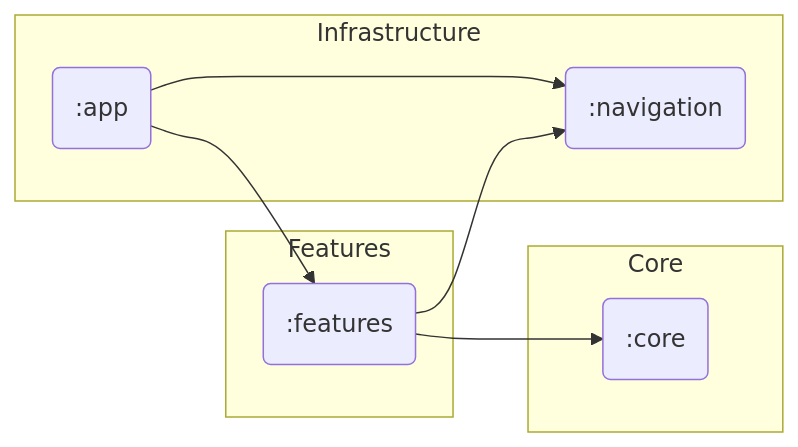
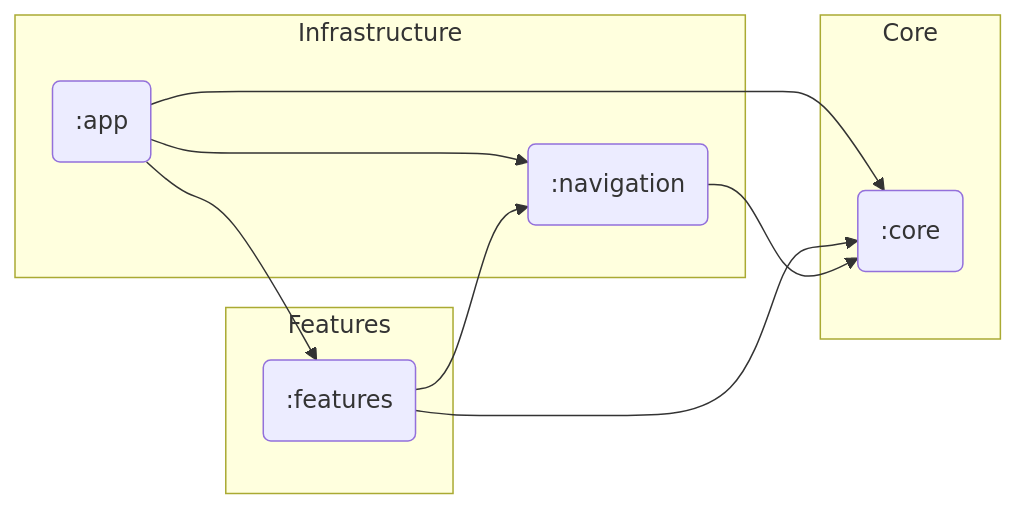
The diagram in docs/architecture.md (PaulWoitaschek/Voice), drawn with Mermaid before and after one commit. The commit also changed other lines of this file and 3 other files, not shown here.

`````diff
--- a/docs/architecture.md
+++ b/docs/architecture.md
@@ -51,20 +55,22 @@
 ````mermaid
 flowchart LR
   subgraph Infrastructure
     app(":app")
     navigation(":navigation")
   end
 
   subgraph Core
     core(":core")
   end
 
   subgraph Features
     features(":features")
   end
 
   app --> navigation
   app --> features
+  app --> core
   features --> core
   features --> navigation
+  navigation --> core
 ````
`````
